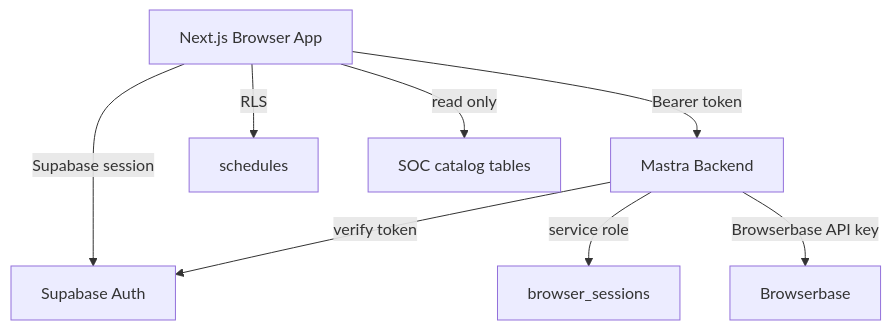
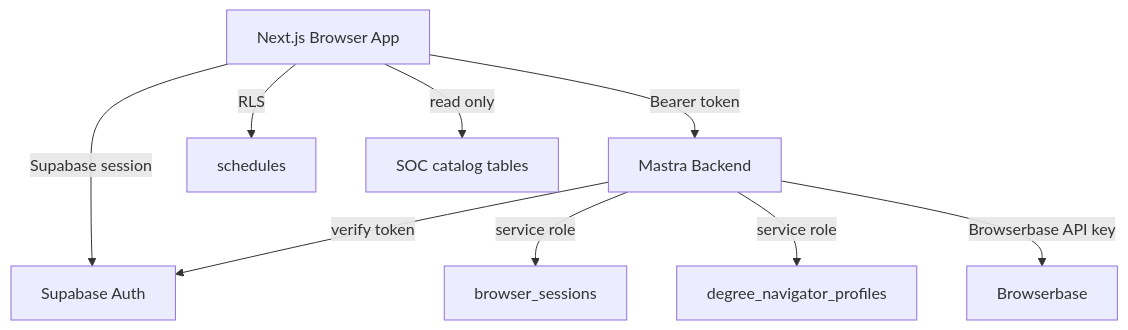
Before and after one commit to adamya-singh/rutgers-soc-mastra-agent: the diagram in SECURITY.md, drawn with Mermaid. The commit also changed other lines of this file and 14 other files, not shown here.

First line of the commit message:
add Degree Navigator profile storage

````diff
--- a/SECURITY.md
+++ b/SECURITY.md
@@ -22,10 +22,11 @@
 ```mermaid
 flowchart TD
   Browser["Next.js Browser App"] -->|"Supabase session"| SupabaseAuth["Supabase Auth"]
   Browser -->|"Bearer token"| MastraApi["Mastra Backend"]
   MastraApi -->|"verify token"| SupabaseAuth
   MastraApi -->|"service role"| BrowserSessions["browser_sessions"]
+  MastraApi -->|"service role"| DegreeNavigatorProfiles["degree_navigator_profiles"]
   Browser -->|"RLS"| Schedules["schedules"]
   Browser -->|"read only"| SocCatalog["SOC catalog tables"]
   MastraApi -->|"Browserbase API key"| Browserbase["Browserbase"]
 ```
````
